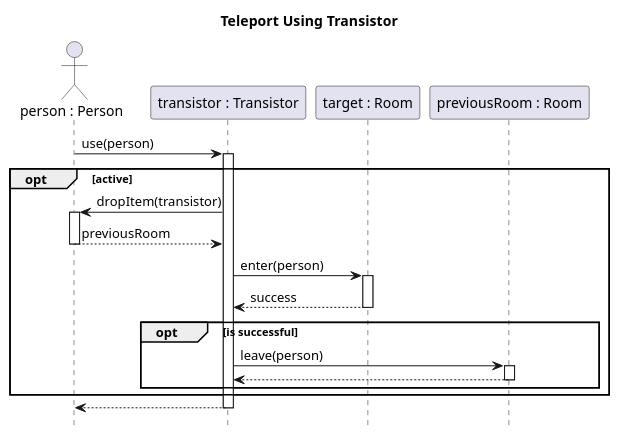
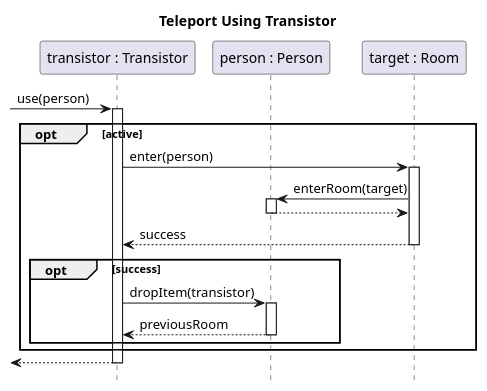
One commit to sn4k3ch4rm3r/logarlec changed the diagram in docs/diagrams/sequence/use-transistor.puml. Above: the diagram before and after it, drawn with PlantUML. The commit also changed 3 other files, not shown here.

```diff
--- a/docs/diagrams/sequence/use-transistor.puml
+++ b/docs/diagrams/sequence/use-transistor.puml
@@ -1,25 +1,24 @@
 @startuml place-transistor
 
 title Teleport Using Transistor
 hide footbox
 autoactivate on
 
-actor "person : Person" as p
-participant "transistor : Transistor" as tr1
+participant "transistor : Transistor" as transistor
+participant "person : Person" as p
 participant "target : Room" as target
-participant "previousRoom : Room" as old
 
-p -> tr1 : use(person)
+[-> transistor : use(person)
 	opt active
-		tr1 -> p : dropItem(transistor)
-		return previousRoom
-		tr1 -> target : enter(person)
+		transistor -> target : enter(person)
+		target -> p : enterRoom(target)
+		return
 		return success
-		opt is successful
-			tr1 -> old : leave(person)
-			return
+		opt success
+			transistor -> p : dropItem(transistor)
+			return previousRoom
 		end
 	end
 return
 
 @enduml
```
